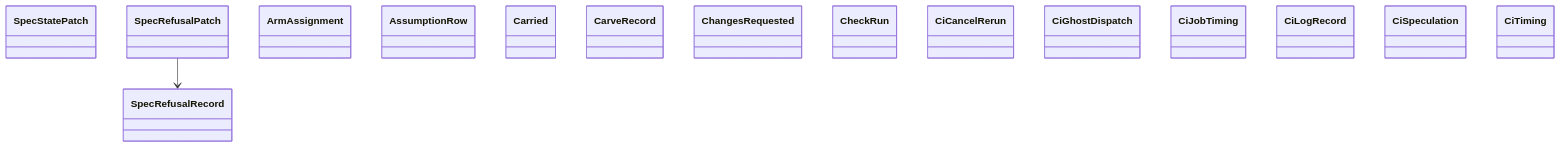
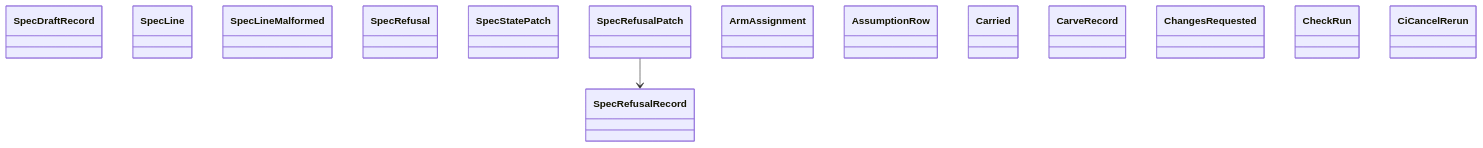
One commit to GonzaloZevallos/agentic-system changed the diagram in docs/architecture/generated/classes-process-domain-state-4.md. Above: the diagram before and after it, drawn with Mermaid. The commit also changed other lines of this file and 31 other files, not shown here.

Commit message:
Regenerate the architecture docs and pin the graph tests' flow without a draft validator

````diff
--- a/docs/architecture/generated/classes-process-domain-state-4.md
+++ b/docs/architecture/generated/classes-process-domain-state-4.md
@@ -31,19 +32,18 @@
 ```mermaid
 classDiagram
+    class spec_delivery__SpecDraftRecord["SpecDraftRecord"]
+    class spec_delivery__SpecLine["SpecLine"]
+    class spec_delivery__SpecLineMalformed["SpecLineMalformed"]
+    class spec_delivery__SpecRefusal["SpecRefusal"]
     class spec_delivery__SpecRefusalRecord["SpecRefusalRecord"]
     class spec_delivery__SpecStatePatch["SpecStatePatch"]
     class spec_route__SpecRefusalPatch["SpecRefusalPatch"]
     class task__ArmAssignment["ArmAssignment"]
     class task__AssumptionRow["AssumptionRow"]
     class task__Carried["Carried"]
     class task__CarveRecord["CarveRecord"]
     class task__ChangesRequested["ChangesRequested"]
     class task__CheckRun["CheckRun"]
     class task__CiCancelRerun["CiCancelRerun"]
-    class task__CiGhostDispatch["CiGhostDispatch"]
-    class task__CiJobTiming["CiJobTiming"]
-    class task__CiLogRecord["CiLogRecord"]
-    class task__CiSpeculation["CiSpeculation"]
-    class task__CiTiming["CiTiming"]
     spec_route__SpecRefusalPatch --> spec_delivery__SpecRefusalRecord
 ```
````
